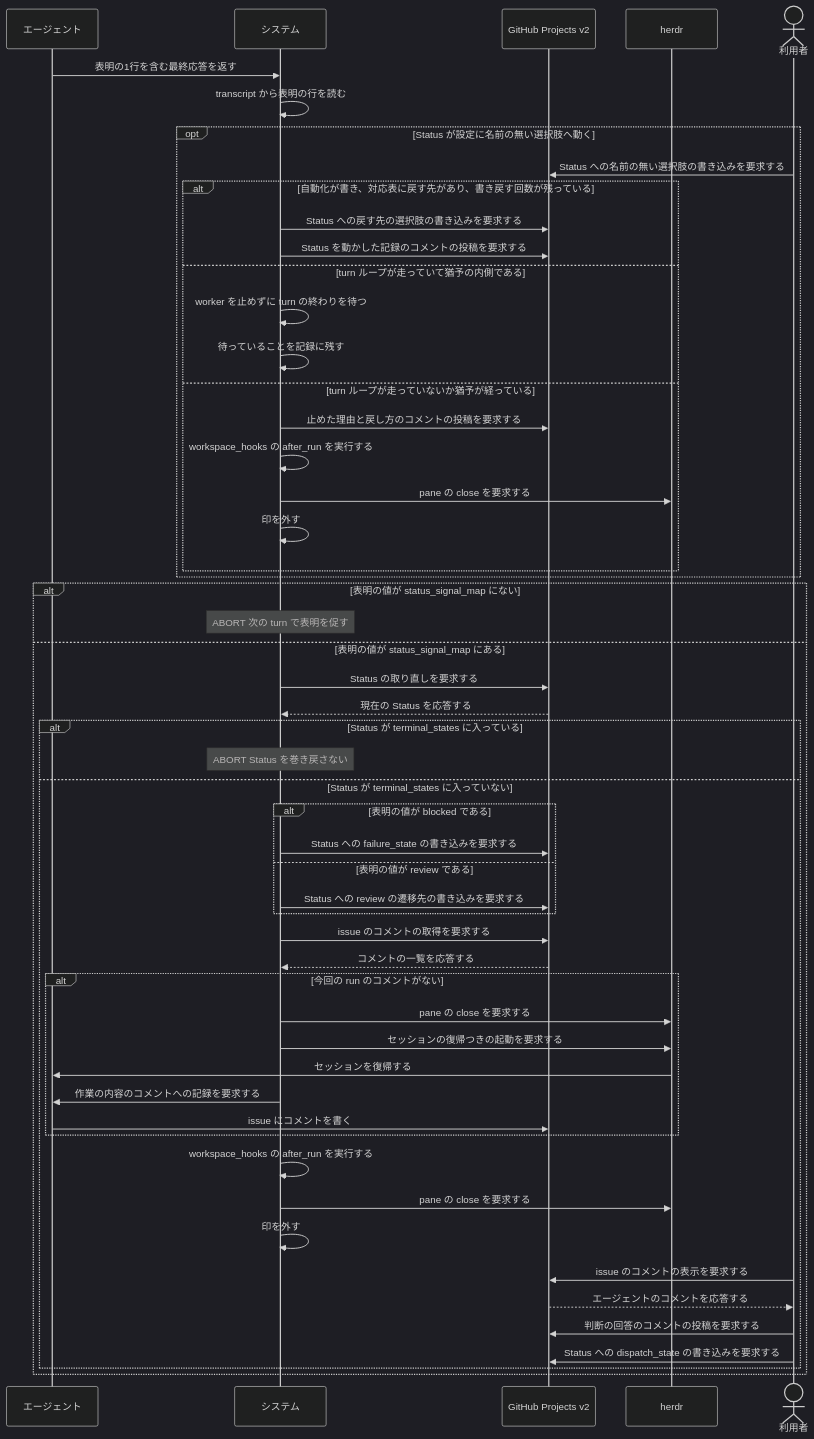
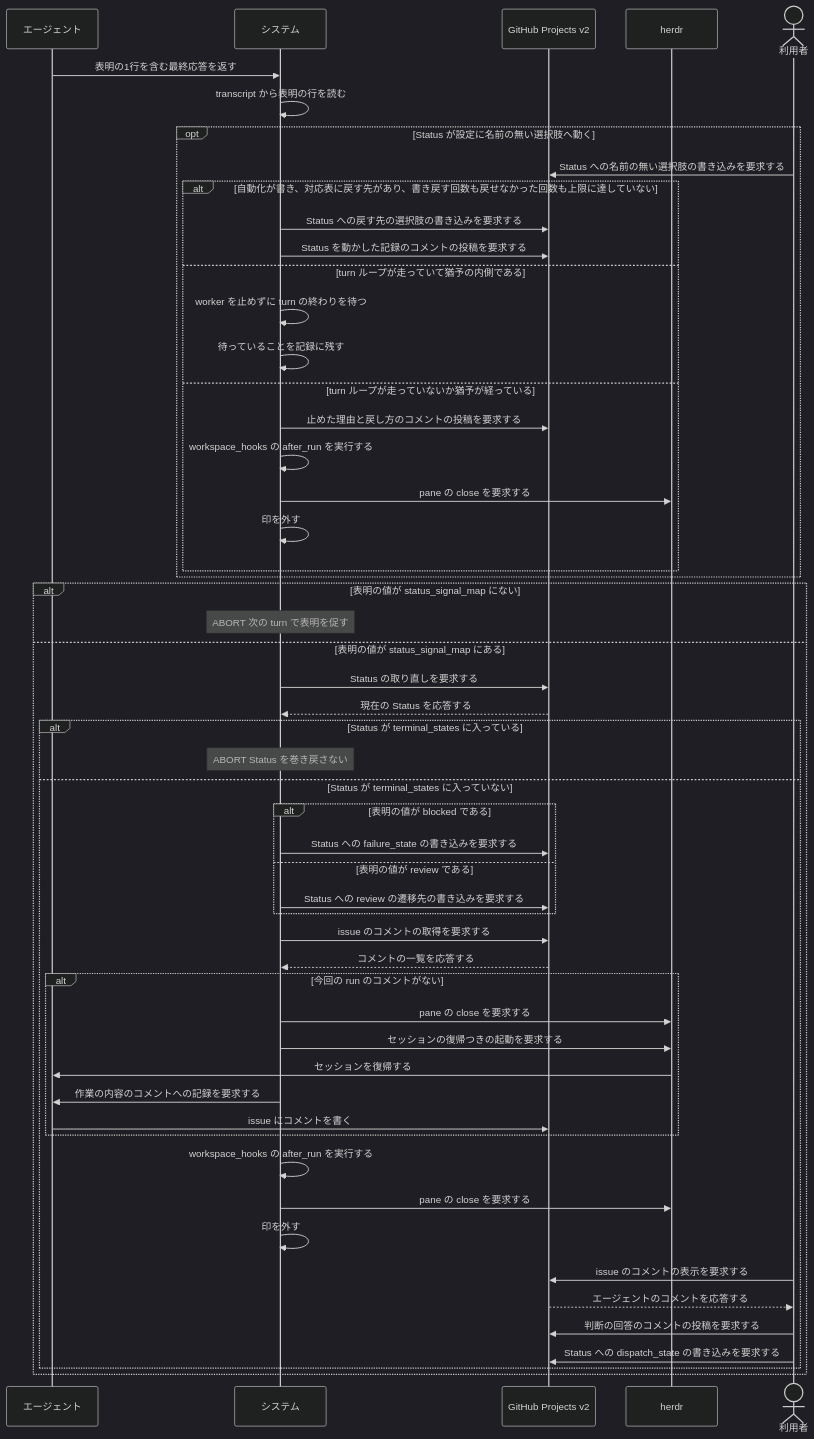
One commit to maimuzo/continuo changed the second of 2 diagrams in docs/spec/usecases/particular_case/人間に判断を渡す.rucm.md. Above: the diagram before and after it, drawn with Mermaid (dark theme). The commit also changed other lines of this file and 14 other files, not shown here.

````diff
--- a/docs/spec/usecases/particular_case/人間に判断を渡す.rucm.md
+++ b/docs/spec/usecases/particular_case/人間に判断を渡す.rucm.md
@@ -326,57 +337,57 @@
 ```mermaid
 sequenceDiagram
     participant CC as エージェント
     participant S as システム
     participant GH as GitHub Projects v2
     participant H as herdr
     actor U as 利用者
 
     CC->>S: 表明の1行を含む最終応答を返す
     S->>S: transcript から表明の行を読む
     opt Status が設定に名前の無い選択肢へ動く
         U->>GH: Status への名前の無い選択肢の書き込みを要求する
-        alt 自動化が書き、対応表に戻す先があり、書き戻す回数が残っている
+        alt 自動化が書き、対応表に戻す先があり、書き戻す回数も戻せなかった回数も上限に達していない
             S->>GH: Status への戻す先の選択肢の書き込みを要求する
             S->>GH: Status を動かした記録のコメントの投稿を要求する
         else turn ループが走っていて猶予の内側である
             S->>S: worker を止めずに turn の終わりを待つ
             S->>S: 待っていることを記録に残す
         else turn ループが走っていないか猶予が経っている
             S->>GH: 止めた理由と戻し方のコメントの投稿を要求する
             S->>S: workspace_hooks の after_run を実行する
             S->>H: pane の close を要求する
             S->>S: 印を外す
         end
     end
     alt 表明の値が status_signal_map にない
         Note over S: ABORT 次の turn で表明を促す
     else 表明の値が status_signal_map にある
         S->>GH: Status の取り直しを要求する
         GH-->>S: 現在の Status を応答する
         alt Status が terminal_states に入っている
             Note over S: ABORT Status を巻き戻さない
         else Status が terminal_states に入っていない
             alt 表明の値が blocked である
                 S->>GH: Status への failure_state の書き込みを要求する
             else 表明の値が review である
                 S->>GH: Status への review の遷移先の書き込みを要求する
             end
             S->>GH: issue のコメントの取得を要求する
             GH-->>S: コメントの一覧を応答する
             alt 今回の run のコメントがない
                 S->>H: pane の close を要求する
                 S->>H: セッションの復帰つきの起動を要求する
                 H->>CC: セッションを復帰する
                 S->>CC: 作業の内容のコメントへの記録を要求する
                 CC->>GH: issue にコメントを書く
             end
             S->>S: workspace_hooks の after_run を実行する
             S->>H: pane の close を要求する
             S->>S: 印を外す
             U->>GH: issue のコメントの表示を要求する
             GH-->>U: エージェントのコメントを応答する
             U->>GH: 判断の回答のコメントの投稿を要求する
             U->>GH: Status への dispatch_state の書き込みを要求する
         end
     end
 ```
````
